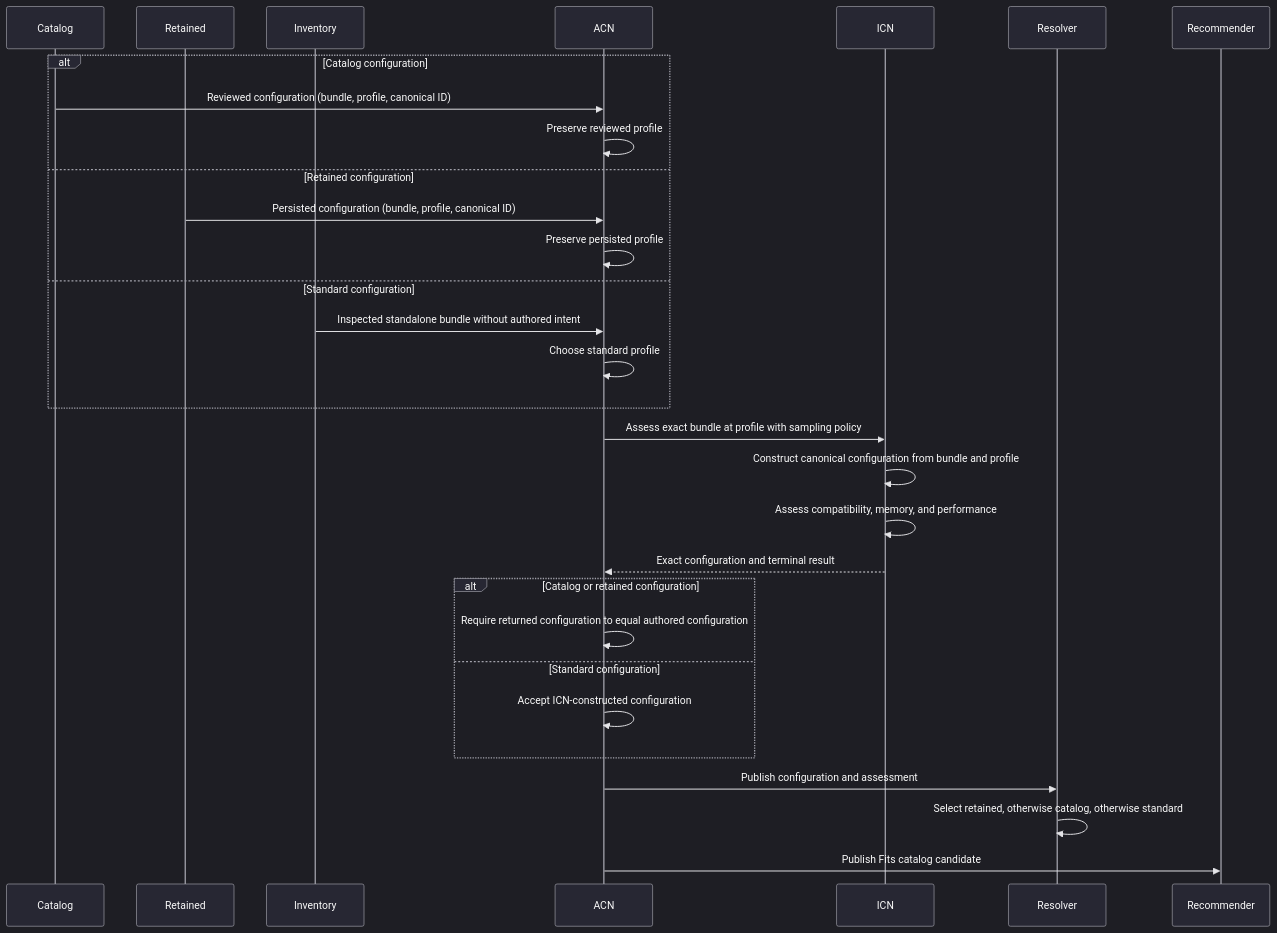
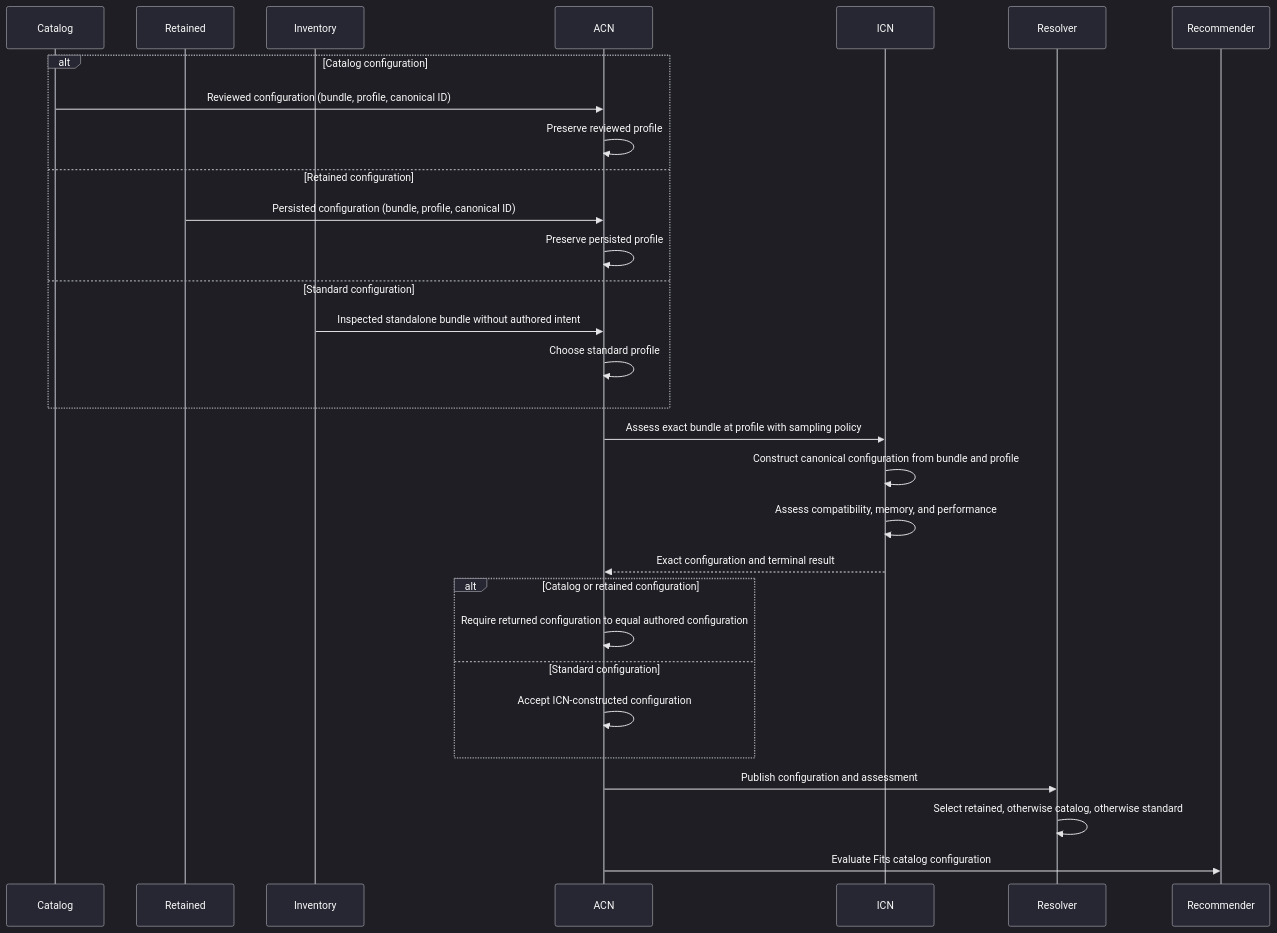
One commit to magnitudedev/magnitude changed the diagram in design/model-management/assessment-and-recommendation.md. Above: the diagram before and after it, drawn with Mermaid. The commit also changed other lines of this file and 90 other files, not shown here.

````diff
--- a/design/model-management/assessment-and-recommendation.md
+++ b/design/model-management/assessment-and-recommendation.md
@@ -32,37 +32,37 @@
 ```mermaid
 %%{init: { "theme": "dark", "themeVariables": { "background": "#16161d", "primaryColor": "#272733", "primaryTextColor": "#fafafa", "primaryBorderColor": "#a1a1aa", "lineColor": "#e4e4e7", "textColor": "#fafafa", "actorBkg": "#272733", "actorBorder": "#a1a1aa", "actorTextColor": "#fafafa", "actorLineColor": "#a1a1aa", "signalColor": "#e4e4e7", "signalTextColor": "#fafafa", "labelBoxBkgColor": "#272733", "labelBoxBorderColor": "#a1a1aa", "labelTextColor": "#fafafa", "loopTextColor": "#fafafa" } } }%%
 sequenceDiagram
     participant Catalog
     participant State as Retained
     participant Inventory
     participant ACN
     participant ICN
     participant Resolver
     participant Recommender
 
     alt Catalog configuration
         Catalog->>ACN: Reviewed configuration (bundle, profile, canonical ID)
         ACN->>ACN: Preserve reviewed profile
     else Retained configuration
         State->>ACN: Persisted configuration (bundle, profile, canonical ID)
         ACN->>ACN: Preserve persisted profile
     else Standard configuration
         Inventory->>ACN: Inspected standalone bundle without authored intent
         ACN->>ACN: Choose standard profile
     end
 
     ACN->>ICN: Assess exact bundle at profile with sampling policy
     ICN->>ICN: Construct canonical configuration from bundle and profile
     ICN->>ICN: Assess compatibility, memory, and performance
     ICN-->>ACN: Exact configuration and terminal result
 
     alt Catalog or retained configuration
         ACN->>ACN: Require returned configuration to equal authored configuration
     else Standard configuration
         ACN->>ACN: Accept ICN-constructed configuration
     end
 
     ACN->>Resolver: Publish configuration and assessment
     Resolver->>Resolver: Select retained, otherwise catalog, otherwise standard
-    ACN->>Recommender: Publish Fits catalog candidate
+    ACN->>Recommender: Evaluate Fits catalog configuration
 ```
````
